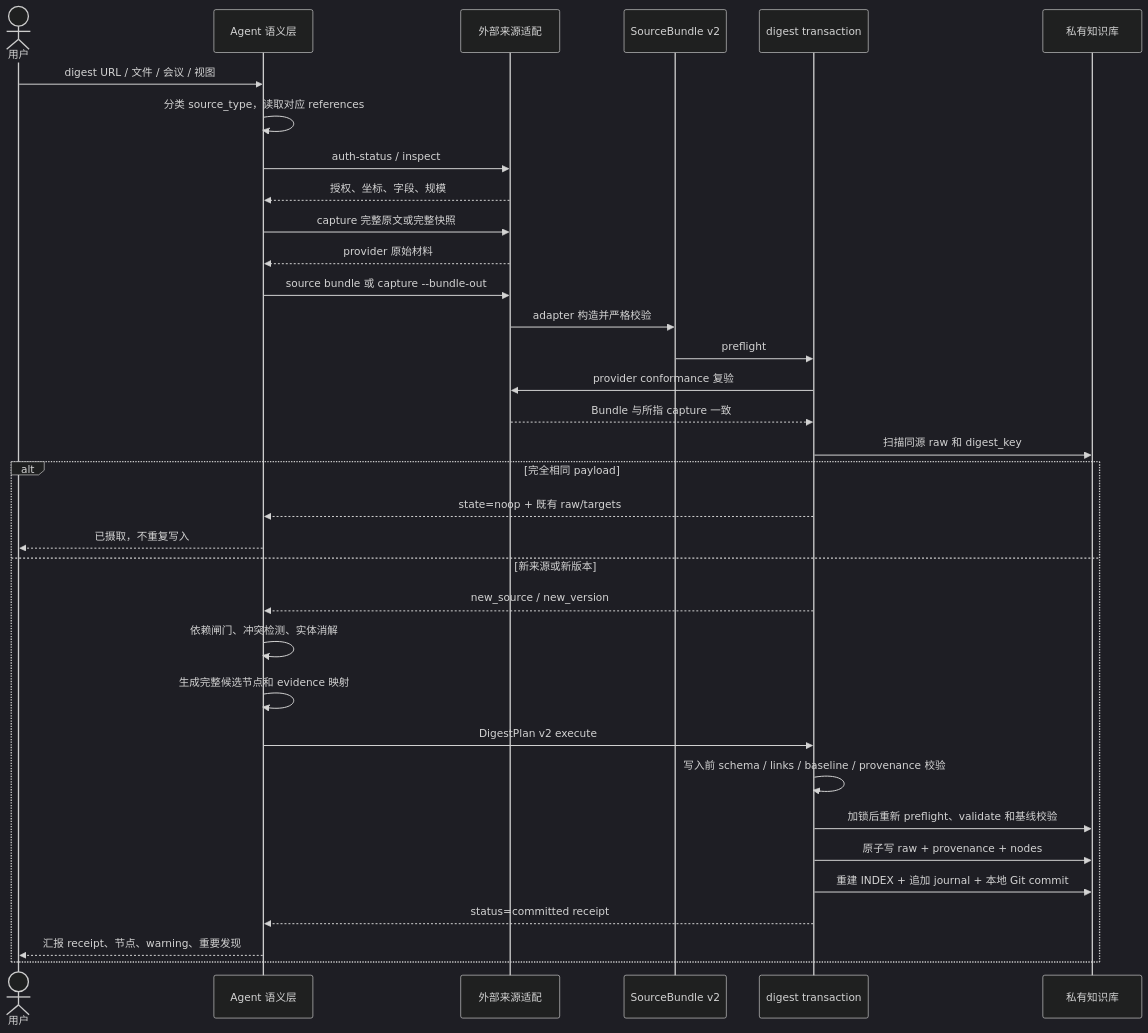
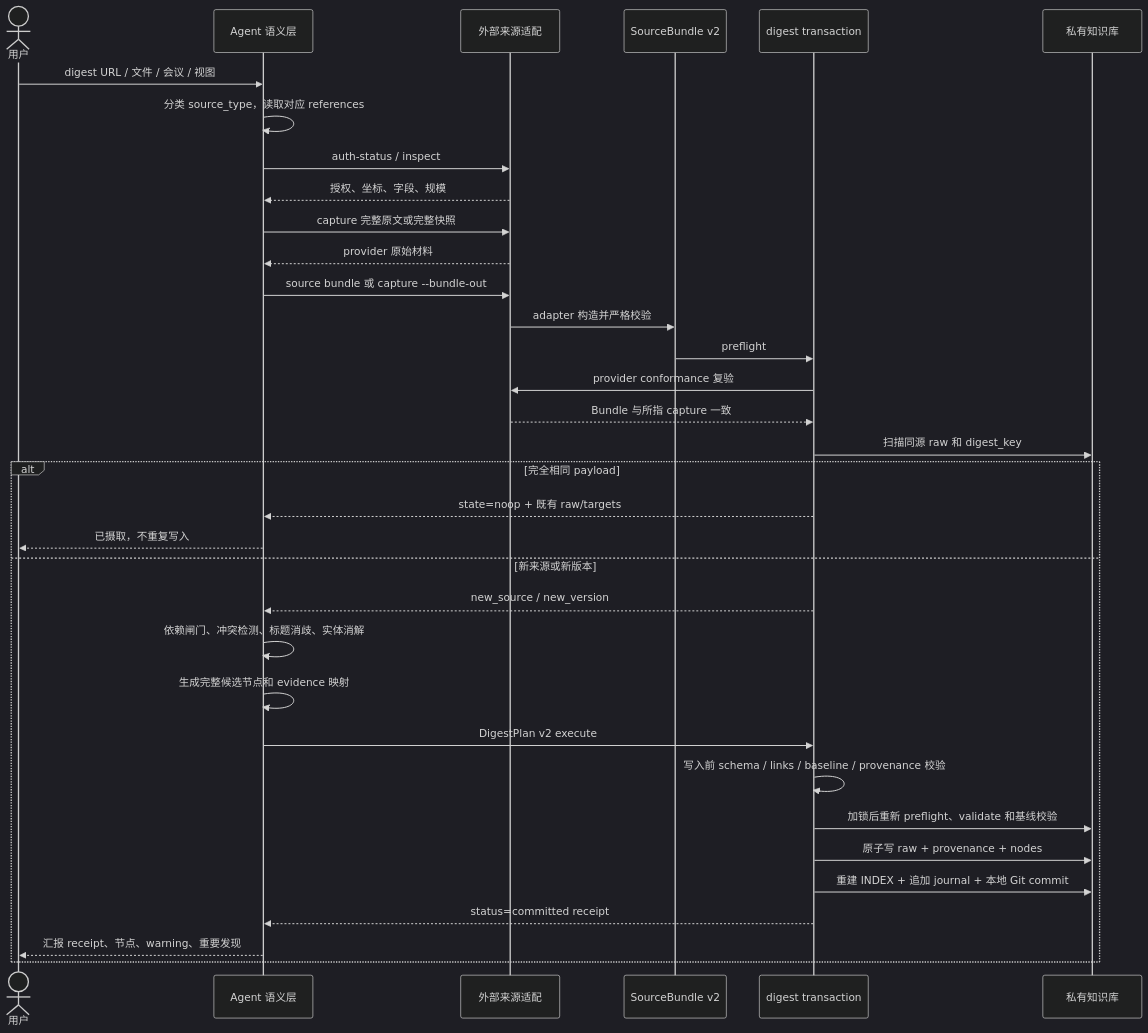
Before and after one commit to ranjiao/byteworker: the fifth of 19 diagrams in docs/development/ARCHITECTURE.md, drawn with Mermaid (dark theme). The commit also changed other lines of this file and 7 other files, not shown here.

````diff
--- a/docs/development/ARCHITECTURE.md
+++ b/docs/development/ARCHITECTURE.md
@@ -179,38 +179,38 @@
 ```mermaid
 sequenceDiagram
     actor User as 用户
     participant Agent as Agent 语义层
     participant Source as 外部来源适配
     participant Bundle as SourceBundle v2
     participant Txn as digest transaction
     participant KB as 私有知识库
 
     User->>Agent: digest URL / 文件 / 会议 / 视图
     Agent->>Agent: 分类 source_type，读取对应 references
     Agent->>Source: auth-status / inspect
     Source-->>Agent: 授权、坐标、字段、规模
     Agent->>Source: capture 完整原文或完整快照
     Source-->>Agent: provider 原始材料
     Agent->>Source: source bundle 或 capture --bundle-out
     Source->>Bundle: adapter 构造并严格校验
     Bundle->>Txn: preflight
     Txn->>Source: provider conformance 复验
     Source-->>Txn: Bundle 与所指 capture 一致
     Txn->>KB: 扫描同源 raw 和 digest_key
 
     alt 完全相同 payload
         Txn-->>Agent: state=noop + 既有 raw/targets
         Agent-->>User: 已摄取，不重复写入
     else 新来源或新版本
         Txn-->>Agent: new_source / new_version
-        Agent->>Agent: 依赖闸门、冲突检测、实体消解
+        Agent->>Agent: 依赖闸门、冲突检测、标题消歧、实体消解
         Agent->>Agent: 生成完整候选节点和 evidence 映射
         Agent->>Txn: DigestPlan v2 execute
         Txn->>Txn: 写入前 schema / links / baseline / provenance 校验
         Txn->>KB: 加锁后重新 preflight、validate 和基线校验
         Txn->>KB: 原子写 raw + provenance + nodes
         Txn->>KB: 重建 INDEX + 追加 journal + 本地 Git commit
         Txn-->>Agent: status=committed receipt
         Agent-->>User: 汇报 receipt、节点、warning、重要发现
     end
 ```
````
